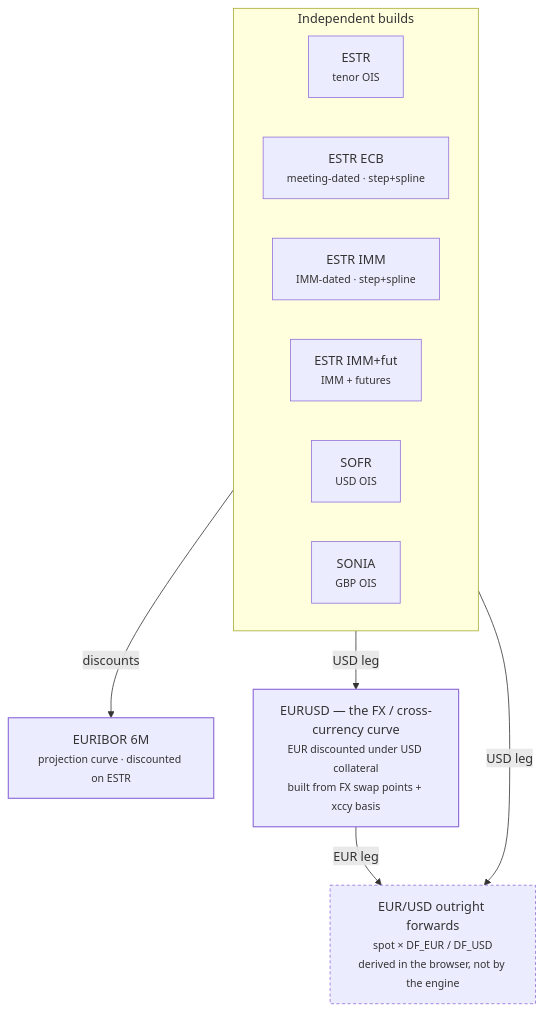
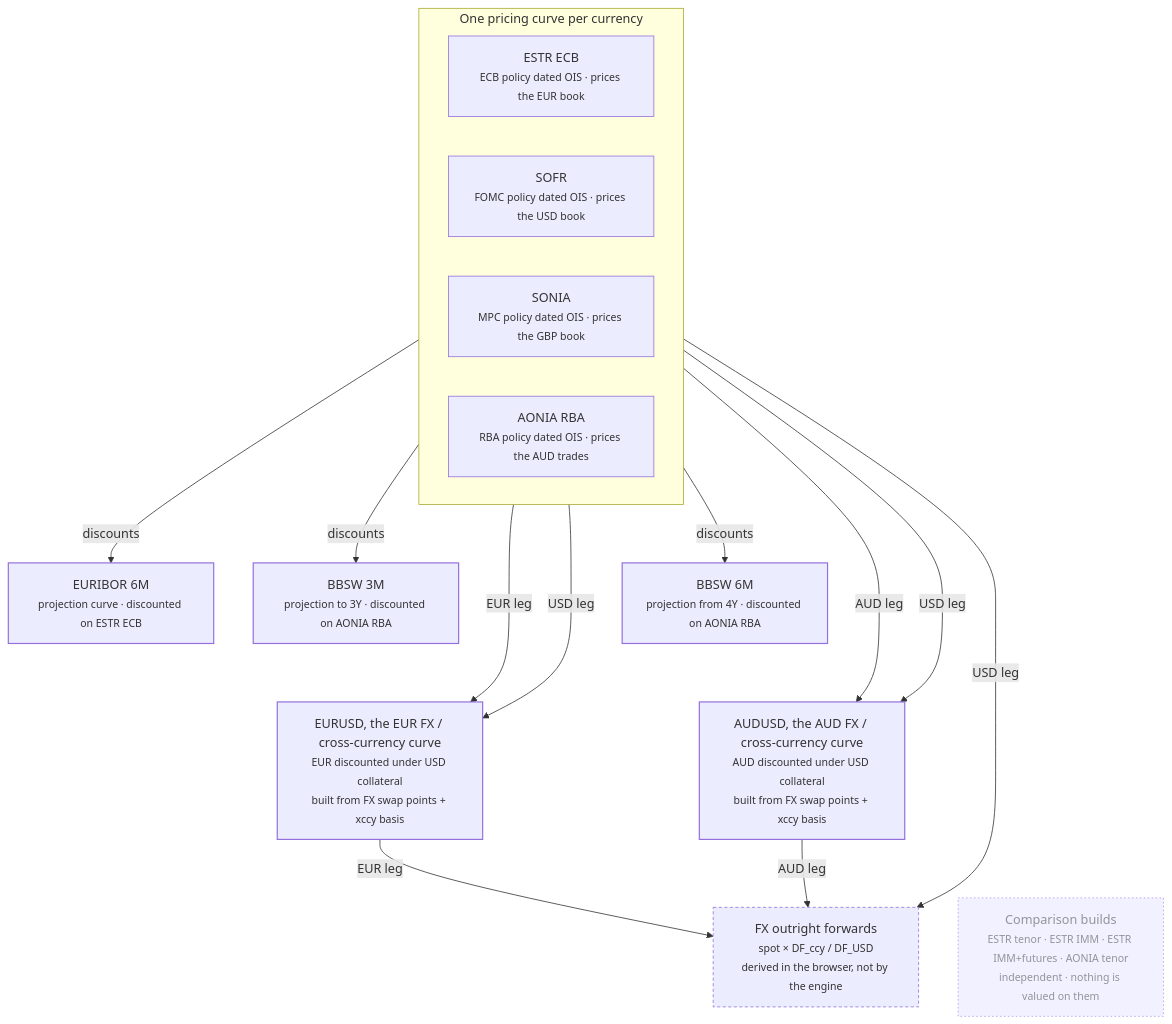
One commit to jrwglover/portfolio changed the diagram in src/components/dashboards/curve_model/diagrams/curve-graph.mmd. Above: the diagram before and after it, drawn with Mermaid. The commit also changed 26 other files, not shown here.

First line of the commit message:
Add AUD curve suite to dashboards; tighter copy and clearer risk headings

```diff
--- a/src/components/dashboards/curve_model/diagrams/curve-graph.mmd
+++ b/src/components/dashboards/curve_model/diagrams/curve-graph.mmd
@@ -1,29 +1,51 @@
 %% Which curve needs which, and what is derived from them.
-%% The FX curve is named EURUSD in the engine and labelled "EUR under USD
-%% collateral" on the chart; both names are given here because neither on its
-%% own makes it obvious that this is the FX/cross-currency curve.
+%% The FX curves are named EURUSD and AUDUSD in the engine and labelled
+%% "under USD collateral" on the chart; both names are given here because
+%% neither on its own makes it obvious that these are the FX/cross-currency
+%% curves.
+%% One curve per currency prices the book: ESTR ECB, SOFR, SONIA and AONIA
+%% RBA. The four comparison builds (ESTR tenor, ESTR IMM, ESTR IMM+futures,
+%% AONIA tenor) carry no dependencies and nothing is valued on them, so they
+%% share one node instead of stretching the top row to eight boxes.
 flowchart TB
-  subgraph IND [Independent builds]
+  subgraph PRC [One pricing curve per currency]
     direction LR
-    ESTR["ESTR<br/><small>tenor OIS</small>"]
-    ECB["ESTR ECB<br/><small>meeting-dated · step+spline</small>"]
-    IMM["ESTR IMM<br/><small>IMM-dated · step+spline</small>"]
-    IMMF["ESTR IMM+fut<br/><small>IMM + futures</small>"]
-    SOFR["SOFR<br/><small>USD OIS</small>"]
-    SONIA["SONIA<br/><small>GBP OIS</small>"]
+    ECB["ESTR ECB<br/><small>ECB policy dated OIS · prices the EUR book</small>"]
+    SOFR["SOFR<br/><small>FOMC policy dated OIS · prices the USD book</small>"]
+    SONIA["SONIA<br/><small>MPC policy dated OIS · prices the GBP book</small>"]
+    RBA["AONIA RBA<br/><small>RBA policy dated OIS · prices the AUD trades</small>"]
   end
 
-  E6["EURIBOR 6M<br/><small>projection curve · discounted on ESTR</small>"]
-  XC["EURUSD — the FX / cross-currency curve<br/><small>EUR discounted under USD collateral</small><br/><small>built from FX swap points + xccy basis</small>"]
+  E6["EURIBOR 6M<br/><small>projection curve · discounted on ESTR ECB</small>"]
+  B3["BBSW 3M<br/><small>projection to 3Y · discounted on AONIA RBA</small>"]
+  B6["BBSW 6M<br/><small>projection from 4Y · discounted on AONIA RBA</small>"]
+  XC["EURUSD, the EUR FX / cross-currency curve<br/><small>EUR discounted under USD collateral</small><br/><small>built from FX swap points + xccy basis</small>"]
+  AXC["AUDUSD, the AUD FX / cross-currency curve<br/><small>AUD discounted under USD collateral</small><br/><small>built from FX swap points + xccy basis</small>"]
 
-  ESTR -- "discounts" --> E6
+  ECB -- "discounts" --> E6
+  ECB -- "EUR leg" --> XC
   SOFR -- "USD leg" --> XC
+  RBA -- "discounts" --> B3
+  RBA -- "discounts" --> B6
+  RBA -- "AUD leg" --> AXC
+  SOFR -- "USD leg" --> AXC
 
-  FWD["EUR/USD outright forwards<br/><small>spot × DF_EUR / DF_USD</small><br/><small>derived in the browser, not by the engine</small>"]
+  %% Invisible edges push the two xccy curves onto their own row; five
+  %% 260px nodes on one rank made the SVG too wide to read in the panel.
+  E6 ~~~ XC
+  B6 ~~~ AXC
+
+  FWD["FX outright forwards<br/><small>spot × DF_ccy / DF_USD</small><br/><small>derived in the browser, not by the engine</small>"]
   XC -- "EUR leg" --> FWD
+  AXC -- "AUD leg" --> FWD
   SOFR -- "USD leg" --> FWD
+
+  CMP["Comparison builds<br/><small>ESTR tenor · ESTR IMM · ESTR IMM+futures · AONIA tenor</small><br/><small>independent · nothing is valued on them</small>"]
+  AXC ~~~ CMP
 
   classDef dep stroke-width:1.5px
   classDef derived stroke-dasharray:4 3
-  class E6,XC dep
+  classDef cmp stroke-dasharray:2 3,opacity:0.7
+  class E6,B3,B6,XC,AXC dep
   class FWD derived
+  class CMP cmp
```
